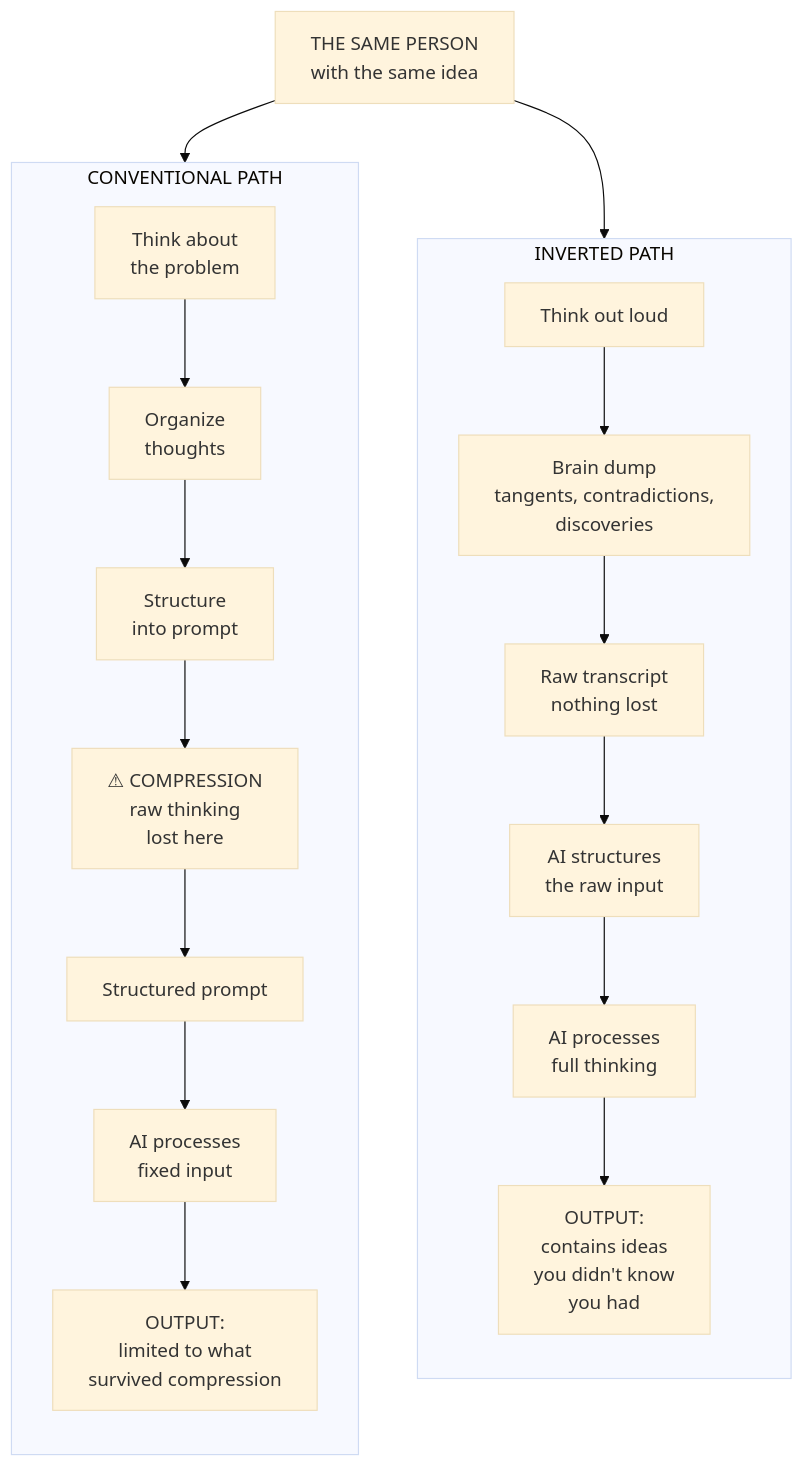
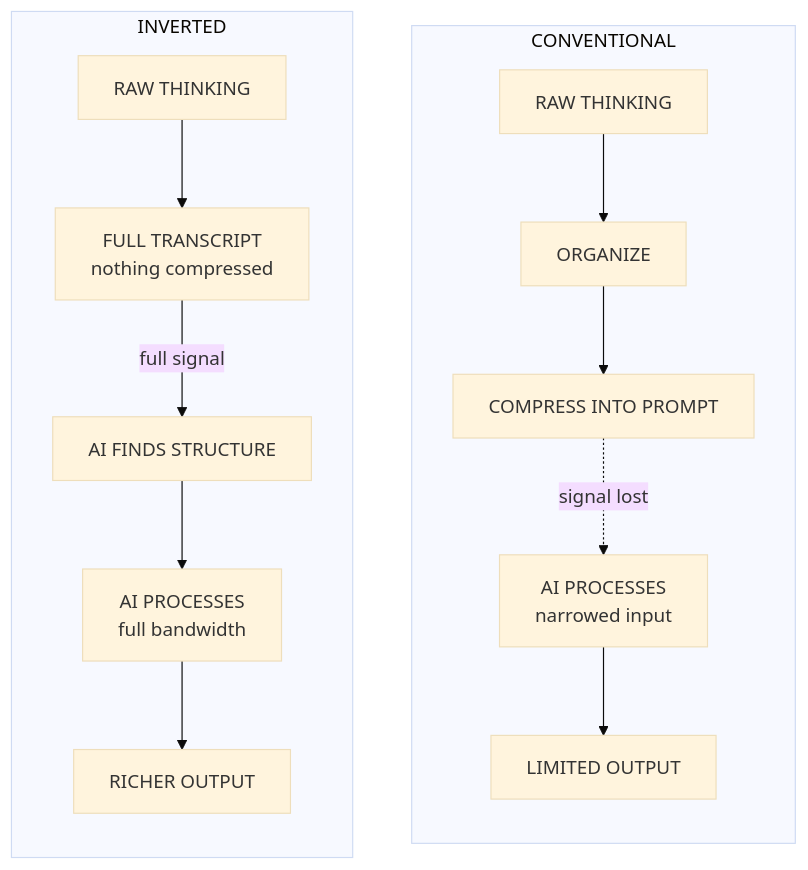
One commit to PeterSalvato/joinery-site changed the diagram in assets/diagrams/05-input-inversion.mmd. Above: the diagram before and after it, drawn with Mermaid (base theme). The commit also changed 11 other files, not shown here.

Commit message:
SEO/GEO: schema.org, canonical URLs, robots.txt, sitemap, llms-full.txt, diagram logic

```diff
--- a/assets/diagrams/05-input-inversion.mmd
+++ b/assets/diagrams/05-input-inversion.mmd
@@ -1,21 +1,16 @@
 flowchart TB
-    PERSON["THE SAME PERSON\nwith the same idea"]
-
-    PERSON --> CP & IP
-
-    subgraph CP ["CONVENTIONAL PATH"]
+    subgraph CONVENTIONAL ["CONVENTIONAL"]
         direction TB
-        CT["Think about\nthe problem"] --> CO["Organize\nthoughts"] --> CS["Structure\ninto prompt"]
-        CS --> COMP["⚠ COMPRESSION\nraw thinking\nlost here"]
-        COMP --> SP["Structured prompt"] --> AP1["AI processes\nfixed input"]
-        AP1 --> OUT1["OUTPUT:\nlimited to what\nsurvived compression"]
+        C1["RAW THINKING"] --> C2["ORGANIZE"]
+        C2 --> C3["COMPRESS INTO PROMPT"]
+        C3 -.->|"signal lost"| C4["AI PROCESSES\nnarrowed input"]
+        C4 --> C5["LIMITED OUTPUT"]
     end
 
-    subgraph IP ["INVERTED PATH"]
+    subgraph INVERTED ["INVERTED"]
         direction TB
-        IT["Think out loud"] --> BD["Brain dump\ntangents, contradictions,\ndiscoveries"]
-        BD --> RT["Raw transcript\nnothing lost"]
-        RT --> AS["AI structures\nthe raw input"]
-        AS --> AP2["AI processes\nfull thinking"]
-        AP2 --> OUT2["OUTPUT:\ncontains ideas\nyou didn't know\nyou had"]
+        I1["RAW THINKING"] --> I2["FULL TRANSCRIPT\nnothing compressed"]
+        I2 -->|"full signal"| I3["AI FINDS STRUCTURE"]
+        I3 --> I4["AI PROCESSES\nfull bandwidth"]
+        I4 --> I5["RICHER OUTPUT"]
     end
```
